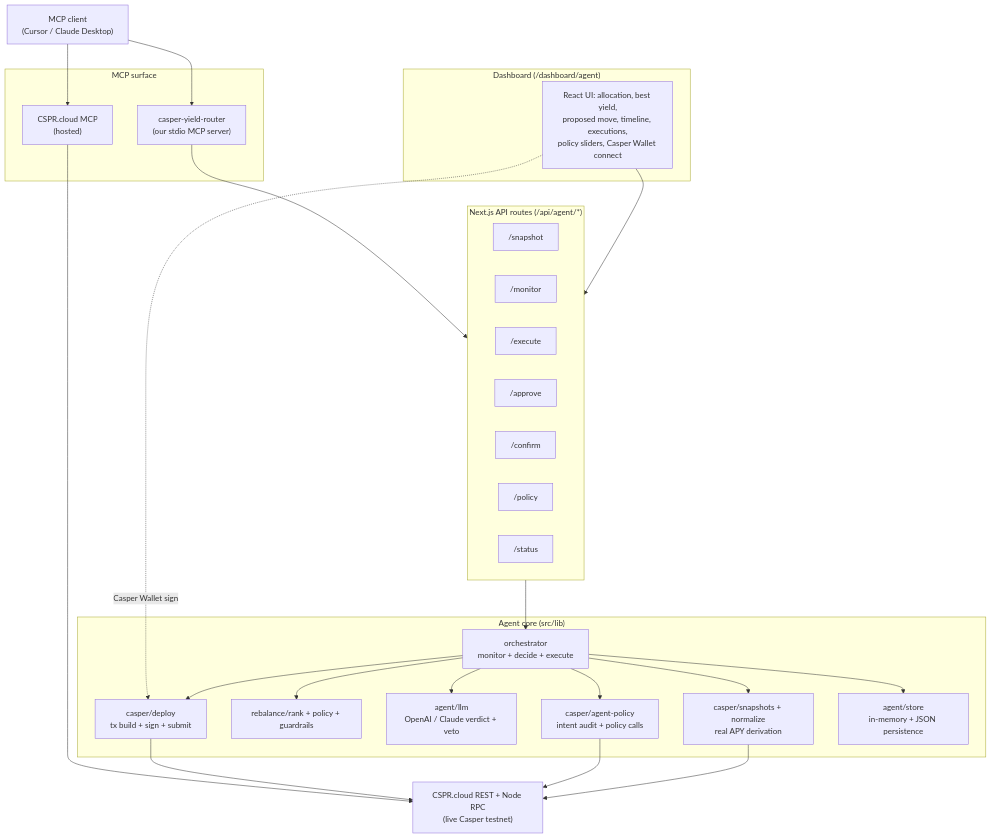
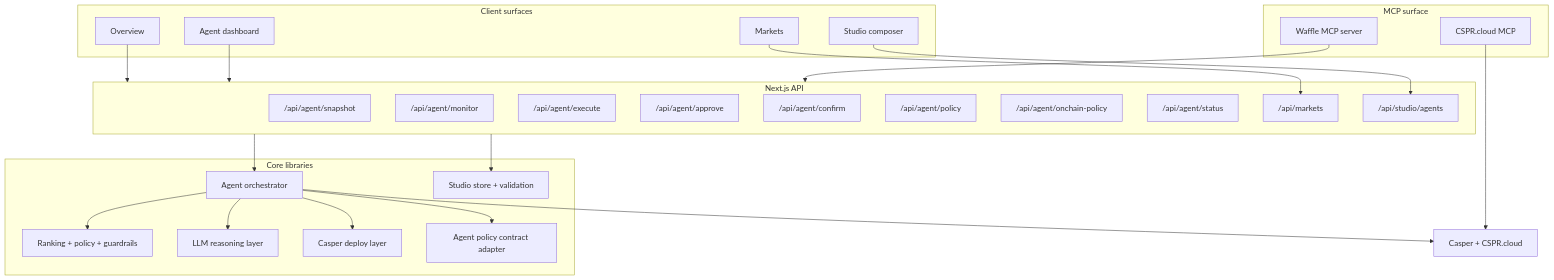
Before and after one commit to karar189/ai-waffle: the diagram in README.md, drawn with Mermaid. The commit also changed other lines of this file, not shown here.

````diff
--- a/README.md
+++ b/README.md
@@ -42,46 +168,54 @@
 ```mermaid
 flowchart TD
-    subgraph Client["Dashboard (/dashboard/agent)"]
-        UI["React UI: allocation, best yield,\nproposed move, timeline, executions,\npolicy sliders, Casper Wallet connect"]
+    subgraph Client["Client surfaces"]
+        OVERVIEW["Overview"]
+        AGENTUI["Agent dashboard"]
+        MARKETS["Markets"]
+        STUDIO["Studio composer"]
     end
 
-    subgraph API["Next.js API routes (/api/agent/*)"]
-        SNAP["/snapshot"]
-        MON["/monitor"]
-        EXE["/execute"]
-        APP["/approve"]
-        CONF["/confirm"]
-        POL["/policy"]
-        STAT["/status"]
+    subgraph API["Next.js API"]
+        SNAP["/api/agent/snapshot"]
+        MON["/api/agent/monitor"]
+        EXE["/api/agent/execute"]
+        APP["/api/agent/approve"]
+        CONF["/api/agent/confirm"]
+        POL["/api/agent/policy"]
+        ONCHAIN["/api/agent/onchain-policy"]
+        STATUS["/api/agent/status"]
+        MARKETSAPI["/api/markets"]
+        STUDIOAPI["/api/studio/agents"]
     end
 
-    subgraph Core["Agent core (src/lib)"]
-        ORCH["orchestrator\nmonitor + decide + execute"]
-        SNAPSHOTS["casper/snapshots + normalize\nreal APY derivation"]
-        RANK["rebalance/rank + policy + guardrails"]
-        LLM["agent/llm\nOpenAI / Claude verdict + veto"]
-        DEPLOY["casper/deploy\ntx build + sign + submit"]
-        POLICYCONTRACT["casper/agent-policy\nintent audit + policy calls"]
-        STORE["agent/store\nin-memory + JSON persistence"]
+    subgraph Core["Core libraries"]
+        ORCH["Agent orchestrator"]
+        RANK["Ranking + policy + guardrails"]
+        LLM["LLM reasoning layer"]
+        DEPLOY["Casper deploy layer"]
+        POLICYC["Agent policy contract adapter"]
+        STUDIOSTORE["Studio store + validation"]
     end
 
     subgraph MCP["MCP surface"]
-        OURS["casper-yield-router\n(our stdio MCP server)"]
-        HOSTED["CSPR.cloud MCP\n(hosted)"]
+        LOCAL["Waffle MCP server"]
+        HOSTED["CSPR.cloud MCP"]
     end
 
-    Casper["CSPR.cloud REST + Node RPC\n(live Casper testnet)"]
+    CHAIN["Casper + CSPR.cloud"]
 
-    UI --> API
+    OVERVIEW --> API
+    AGENTUI --> API
+    MARKETS --> MARKETSAPI
+    STUDIO --> STUDIOAPI
+
     API --> ORCH
-    ORCH --> SNAPSHOTS --> Casper
+    API --> STUDIOSTORE
     ORCH --> RANK
     ORCH --> LLM
-    ORCH --> POLICYCONTRACT --> Casper
-    ORCH --> DEPLOY --> Casper
-    ORCH --> STORE
-    OURS --> API
-    UI -.Casper Wallet sign.-> DEPLOY
-    ExternalClient["MCP client\n(Cursor / Claude Desktop)"] --> OURS
-    ExternalClient --> HOSTED --> Casper
+    ORCH --> DEPLOY
+    ORCH --> POLICYC
+    ORCH --> CHAIN
+
+    LOCAL --> API
+    HOSTED --> CHAIN
 ```
````
